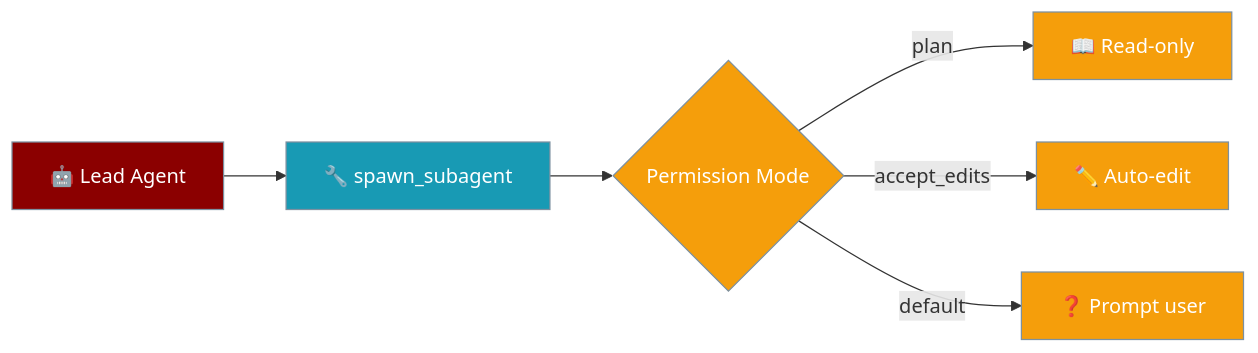
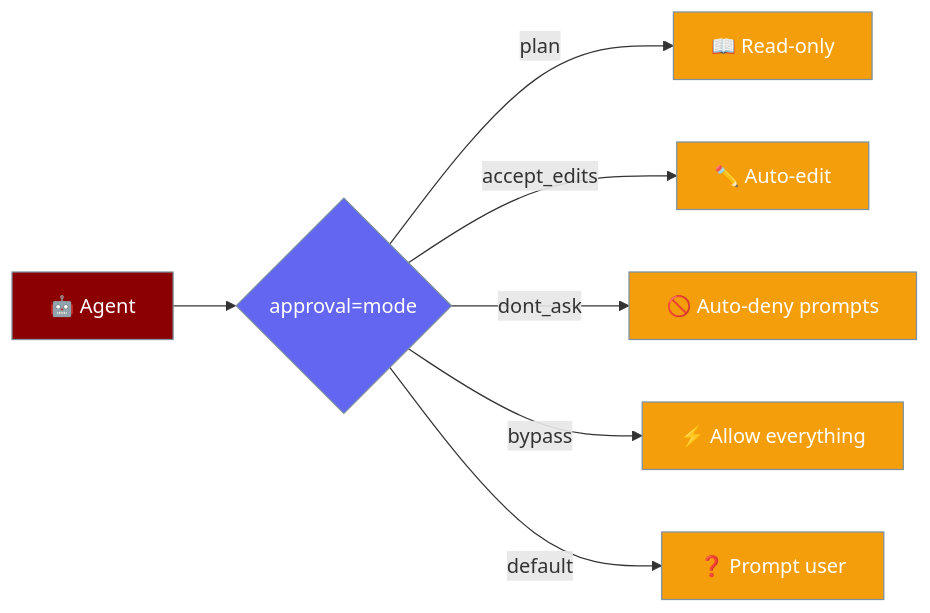
Before and after one commit to MervinPraison/PraisonAIDocs: the first of 3 diagrams in docs/features/permission-modes.mdx, drawn with Mermaid. The commit also changed other lines of this file and 1 other file, not shown here.

First line of the commit message:
docs: update permission-modes for unified Agent(approval=<mode>) presets and aliases (fixes #2551)

````diff
--- a/docs/features/permission-modes.mdx
+++ b/docs/features/permission-modes.mdx
@@ -31,16 +28,17 @@
 ```mermaid
 graph LR
-    Agent[🤖 Lead Agent] --> Spawn[🔧 spawn_subagent]
-    Spawn --> Mode{Permission Mode}
+    Agent[🤖 Agent] --> Mode{approval=mode}
     Mode -->|plan| Read[📖 Read-only]
     Mode -->|accept_edits| Edit[✏️ Auto-edit]
+    Mode -->|dont_ask| Deny[🚫 Auto-deny prompts]
+    Mode -->|bypass| All[⚡ Allow everything]
     Mode -->|default| Ask[❓ Prompt user]
 
     classDef agent fill:#8B0000,stroke:#7C90A0,color:#fff
-    classDef tool fill:#189AB4,stroke:#7C90A0,color:#fff
+    classDef config fill:#6366F1,stroke:#7C90A0,color:#fff
     classDef mode fill:#F59E0B,stroke:#7C90A0,color:#fff
 
     class Agent agent
-    class Spawn tool
-    class Mode,Read,Edit,Ask mode
+    class Mode config
+    class Read,Edit,Deny,All,Ask mode
 ```
````
